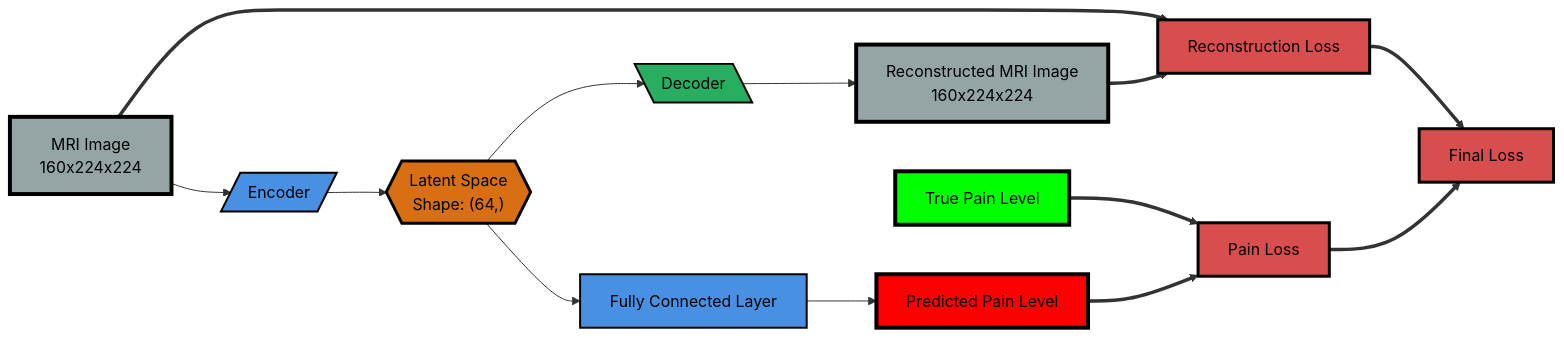
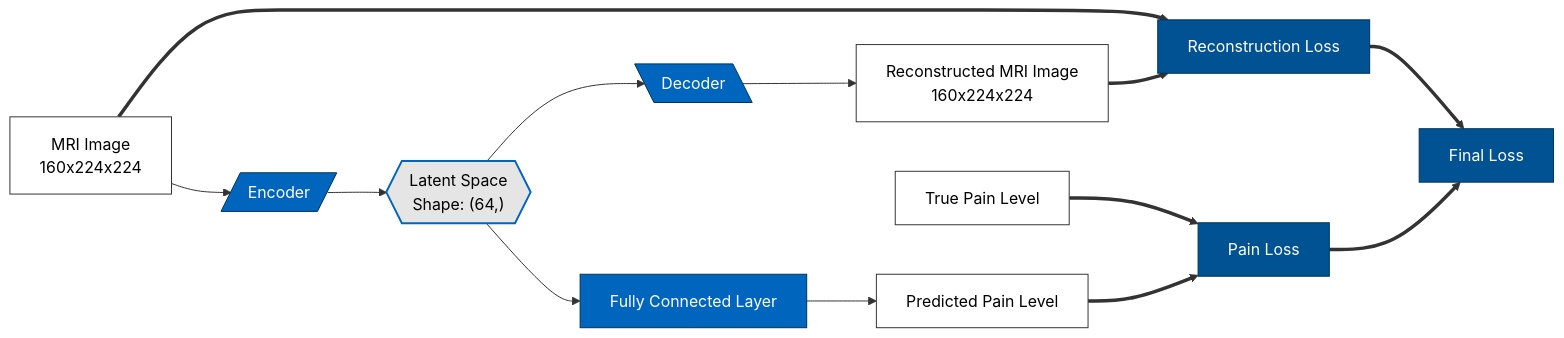
The diagram in architecture_mermaid_files/autoencoder_pain/autoencoder_pain.md (ulascanzorer/adlm-knee-osteoarthritis), drawn with Mermaid before and after one commit. The commit also changed 6 other files, not shown here.

Commit message:
fix: Modified the color palette of some of the architectural files to match better with the TUM poster template.

````diff
--- a/architecture_mermaid_files/autoencoder_pain/autoencoder_pain.md
+++ b/architecture_mermaid_files/autoencoder_pain/autoencoder_pain.md
@@ -1,72 +1,72 @@
 ```mermaid
 
 graph LR
     %% Styling for different components
-    classDef encoder fill:#4A90E2,stroke:#000000,stroke-width:2px,color:#000
-    classDef decoder fill:#27AE60,stroke:#000000,stroke-width:2px,color:#000
-    classDef latent fill:#d86f13,stroke:#000000,stroke-width:3px,color:#000
-    classDef input fill:#95A5A6,stroke:#000000,stroke-width:4px,color:#000
-    classDef pain fill:#ff0000,stroke:#000000,stroke-width:4px,color:#000
-    classDef truepain fill:#00ff00,stroke:#000000,stroke-width:4px,color:#000
-    classDef loss fill:#d84d4d,stroke:#000000,stroke-width:3px,color:#000
+    classDef encoder fill:#0065BD,stroke:#003359,stroke-width:1px,color:#fff
+    classDef decoder fill:#0065BD,stroke:#003359,stroke-width:1px,color:#fff
+    classDef latent fill:#E5E5E5,stroke:#0065BD,stroke-width:2px,color:#000
+    classDef input fill:#FFFFFF,stroke:#333333,stroke-width:1px,color:#000
+    classDef pain fill:#FFFFFF,stroke:#333333,stroke-width:1px,color:#000
+    classDef truepain fill:#FFFFFF,stroke:#333333,stroke-width:1px,color:#000
+    classDef loss fill:#005293,stroke:#003359,stroke-width:1px,color:#fff
     
     %% Input Layer
     Input["MRI Image<br/>160x224x224"]
     
     %% Encoder Layer
     Encoder[/"Encoder"/]
 
     %% Decoder Layer
     Decoder[\"Decoder"\]
 
     %% Output Layer
     Output["Reconstructed MRI Image<br/>160x224x224"]
     
     %% Latent Space (Bottleneck)
     Latent{{"Latent Space<br/>Shape: (64,)"}}
 
     %% Fully Connected Layer
     FC["Fully Connected Layer"]
 
     %% Predicted Pain Layer
     Pain["Predicted Pain Level"]
 
     %% Real Pain Layer
     TruePain["True Pain Level"]
 
     %% Pain Loss
     PainLoss["Pain Loss"]
 
     %% Reconstruction Loss
     ReconLoss["Reconstruction Loss"]
 
     %% Final Loss
     FinalLoss["Final Loss"]
     
     %% Connections
     Input --> Encoder
     Input ==> ReconLoss
     Encoder --> Latent
     Latent --> FC
     Latent --> Decoder
     Decoder --> Output
     Output ==> ReconLoss
     FC --> Pain
     Pain ==> PainLoss
     TruePain ==> PainLoss
     PainLoss ==> FinalLoss
     ReconLoss ==> FinalLoss
     
     %% Apply styles
     class Input input
     class Encoder encoder
     class Latent latent
     class Decoder decoder
     class Output input
     class PainLoss loss
     class ReconLoss loss
     class FinalLoss loss
     class Pain pain
     class TruePain truepain
     class FC encoder
 ```
````
